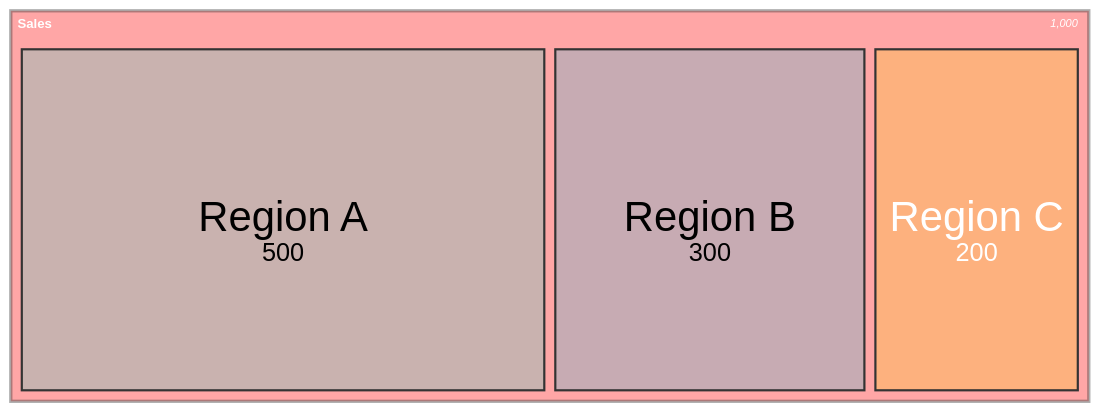
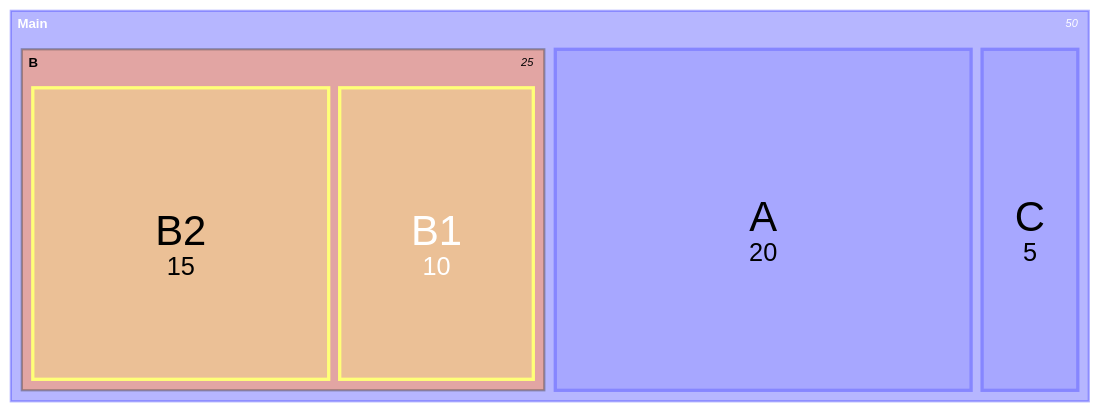
Before and after one commit to teachingai/full-stack-skills: the fourth of 9 diagrams in skills/mermaid/examples/treemap.md, drawn with Mermaid. The commit also changed other lines of this file and 21 other files, not shown here.

First line of the commit message:
docs(mermaid): 更新架构、块、C4和类图示例文档

````diff
--- a/skills/mermaid/examples/treemap.md
+++ b/skills/mermaid/examples/treemap.md
@@ -52,12 +71,11 @@
 ```mermaid
 treemap-beta
-"Sales":::highlight
-    "Region A": 500:::regionA
-    "Region B": 300:::regionB
-    "Region C": 200:::regionC
+"Main"
+    "A": 20
+    "B":::important
+        "B1": 10
+        "B2": 15
+    "C": 5
 
-classDef highlight fill:#ff6b6b,stroke:#333,stroke-width:3px
-classDef regionA fill:#4ecdc4,stroke:#333,stroke-width:2px
-classDef regionB fill:#45b7d1,stroke:#333,stroke-width:2px
-classDef regionC fill:#f9ca24,stroke:#333,stroke-width:2px
+classDef important fill:#f96,stroke:#333,stroke-width:2px;
 ```
````
